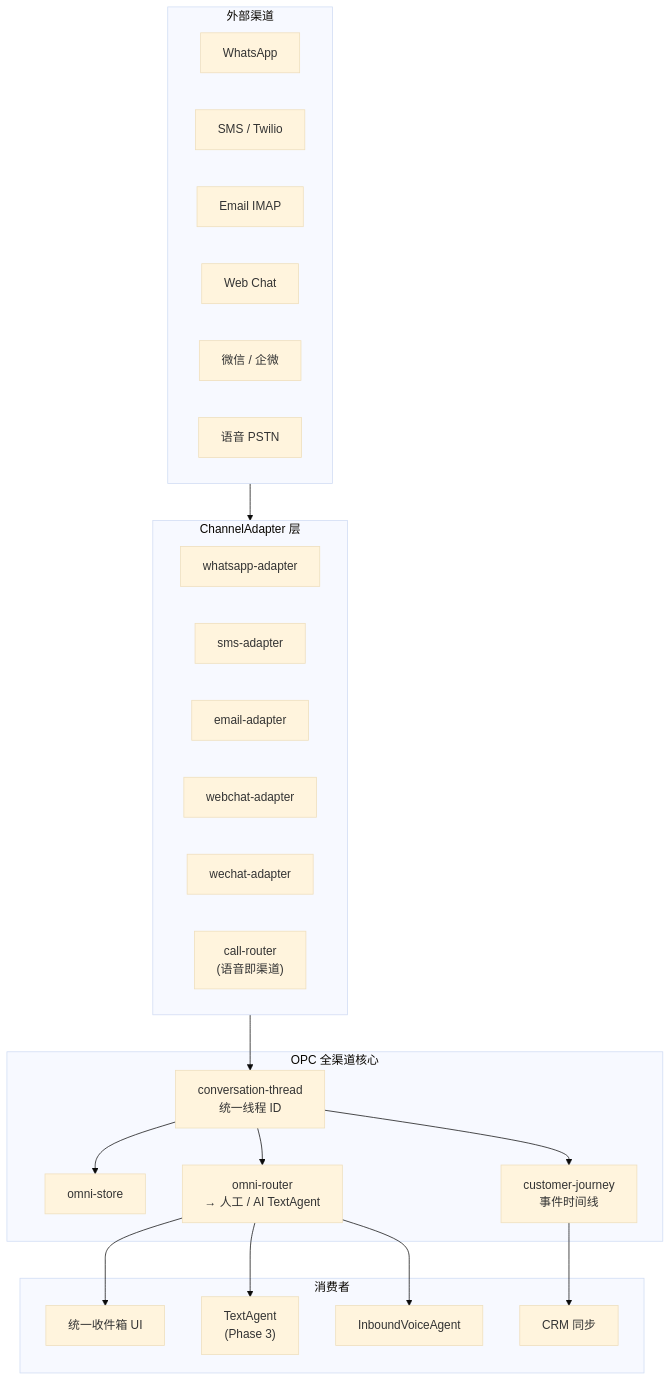
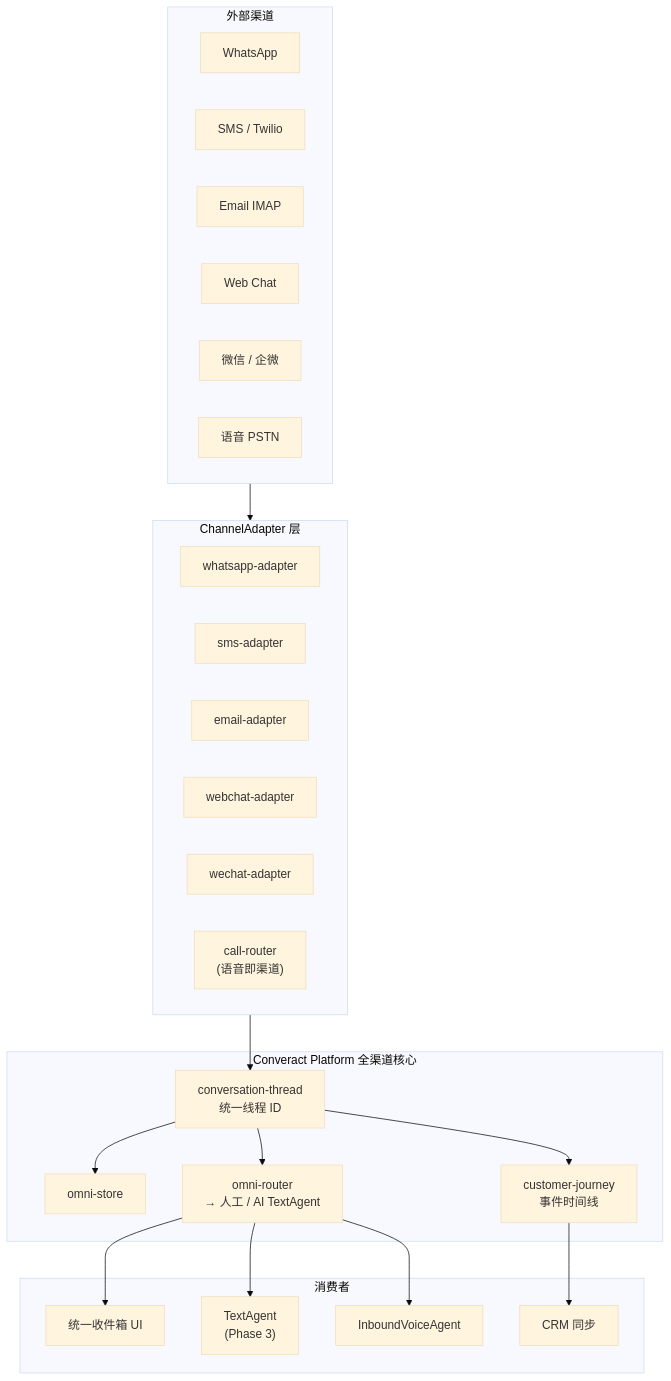
Before and after one commit to songgoldenwind-crypto/converact-platform: diagram 12 of 16 in docs/design/super-contact-center-platform-vision.md, drawn with Mermaid (base theme). The commit also changed other lines of this file and 1807 other files, not shown here.

````diff
--- a/docs/design/super-contact-center-platform-vision.md
+++ b/docs/design/super-contact-center-platform-vision.md
@@ -1128,40 +1128,40 @@
 ```mermaid
 flowchart TB
   subgraph Channels["外部渠道"]
     WA["WhatsApp"]
     SMS["SMS / Twilio"]
     EM["Email IMAP"]
     WC["Web Chat"]
     WX["微信 / 企微"]
     VO["语音 PSTN"]
   end
 
   subgraph Adapters["ChannelAdapter 层"]
     A_WA["whatsapp-adapter"]
     A_SMS["sms-adapter"]
     A_EM["email-adapter"]
     A_WC["webchat-adapter"]
     A_WX["wechat-adapter"]
     A_VO["call-router<br/>(语音即渠道)"]
   end
 
-  subgraph Core["OPC 全渠道核心"]
+  subgraph Core["Converact Platform 全渠道核心"]
     THREAD["conversation-thread<br/>统一线程 ID"]
     OMNI_ST["omni-store"]
     JOURNEY["customer-journey<br/>事件时间线"]
     ROUTE["omni-router<br/>→ 人工 / AI TextAgent"]
   end
 
   subgraph Consumers["消费者"]
     INBOX["统一收件箱 UI"]
     AGENT_T["TextAgent<br/>(Phase 3)"]
     VOICE_A["InboundVoiceAgent"]
     CRM_P["CRM 同步"]
   end
 
   Channels --> Adapters --> THREAD
   THREAD --> OMNI_ST & JOURNEY
   THREAD --> ROUTE
   ROUTE --> INBOX & AGENT_T & VOICE_A
   JOURNEY --> CRM_P
 ```
````
